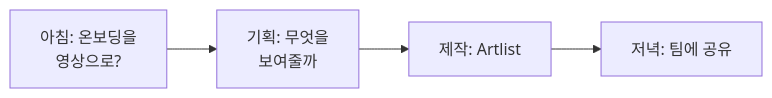
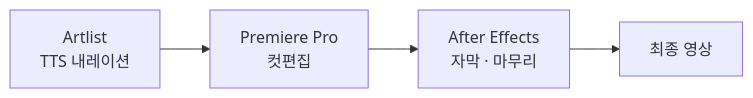
Before and after one commit to 820nam/820nam.github.io: the diagram in _posts/2026-05-18-onboarding-video-with-artlist.md, drawn with Mermaid. The commit also changed other lines of this file, not shown here.

First line of the commit message:
fix: Artlist 글 — 팀 고민 출발점·실제 도구 흐름 반영

````diff
--- a/_posts/2026-05-18-onboarding-video-with-artlist.md
+++ b/_posts/2026-05-18-onboarding-video-with-artlist.md
@@ -20,6 +28,6 @@
 ```mermaid
 flowchart LR
-    A[아침: 온보딩을<br/>영상으로?] --> B[기획: 무엇을<br/>보여줄까]
-    B --> C[제작: Artlist]
-    C --> D[저녁: 팀에 공유]
+    A[Artlist<br/>TTS 내레이션] --> B[Premiere Pro<br/>컷편집]
+    B --> C[After Effects<br/>자막 · 마무리]
+    C --> D[최종 영상]
 ```
````
